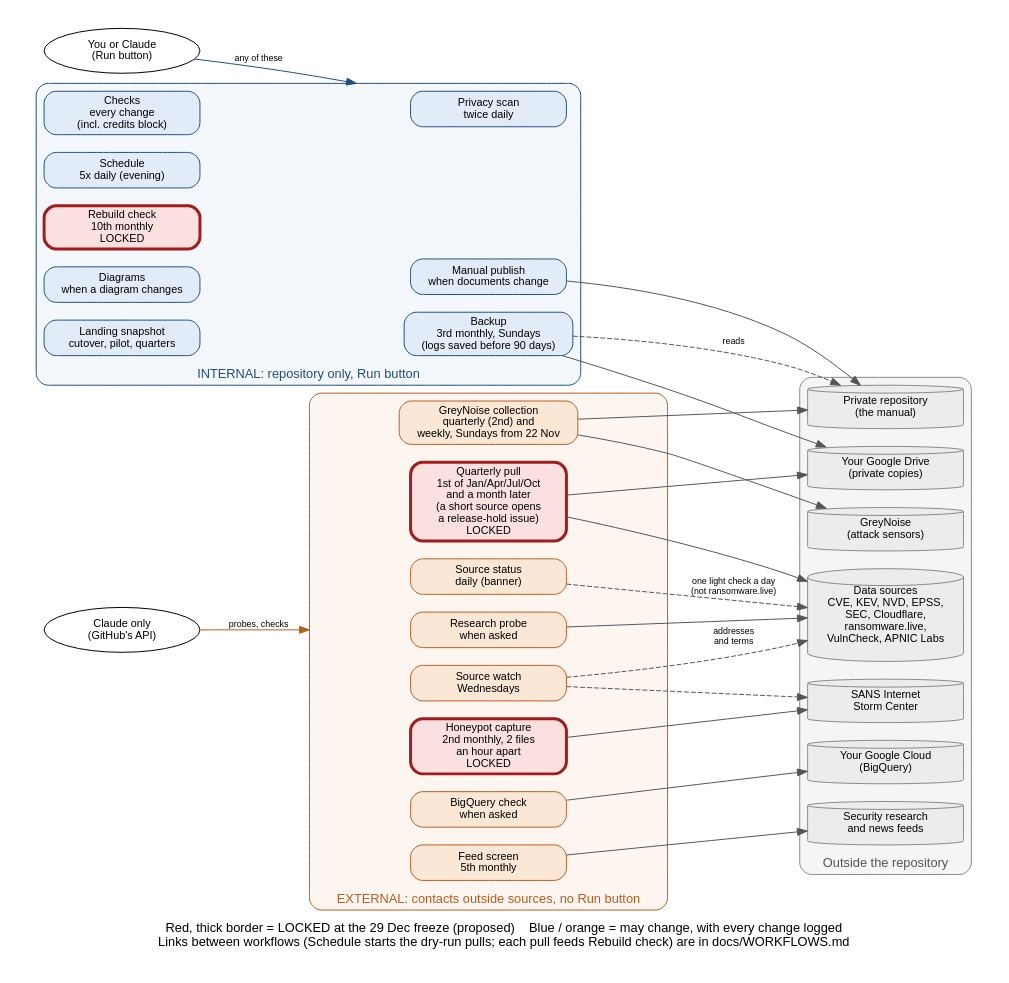
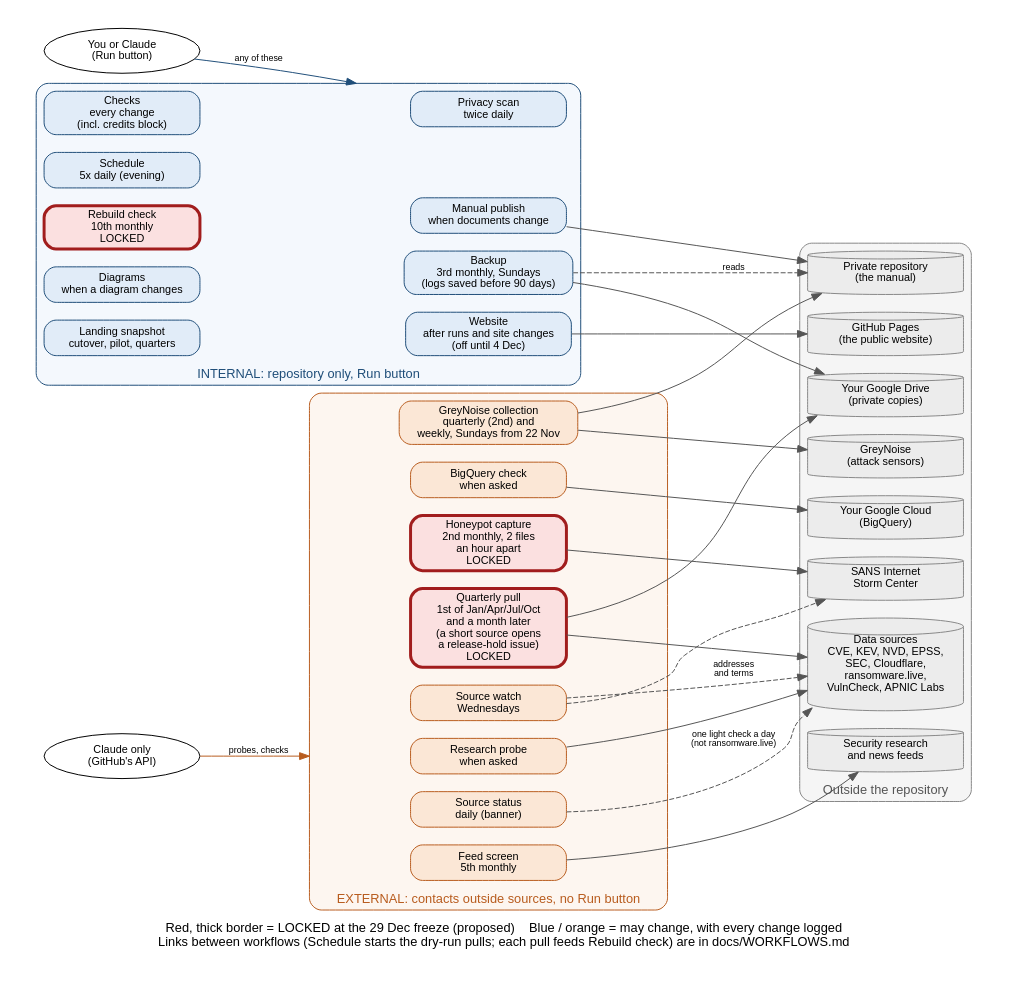
Before and after one commit to pagagne/internet-security-snapshot: the diagram in docs/diagrams/workflow_runs.dot, drawn with Graphviz. The commit also changed 15 other files, not shown here.

First line of the commit message:
Website: snapshot.site (home page from the README Mission and credits; run-health page built at publish from the run reports), Website workflow pages.yml (pinned, off until PAGES_ON), guide docs/WEBSITE.md; website and Publish results items primary-chat only; Publish results refreshes the site

```diff
--- a/docs/diagrams/workflow_runs.dot
+++ b/docs/diagrams/workflow_runs.dot
@@ -1,59 +1,61 @@
 // Workflows: internal (Run button) vs external (API only, no button), and the proposed lock at
 // the 29 Dec 2026 freeze (decision item 22: draft lock list 14 Dec, author's review 18 Dec,
 // decided 21 Dec). Source of truth: docs/WORKFLOWS.md and docs/SOP_MANUAL_RUNS.md.
 // Render: dot -Tpng -Gdpi=150 docs/diagrams/workflow_runs.dot -o docs/diagrams/workflow_runs.png
 digraph workflows {
   graph [rankdir=LR, fontname="Helvetica", fontsize=13, nodesep=0.25, ranksep=0.7, newrank=true, compound=true, pad=0.3,
          label="Red, thick border = LOCKED at the 29 Dec freeze (proposed)    Blue / orange = may change, with every change logged\nLinks between workflows (Schedule starts the dry-run pulls; each pull feeds Rebuild check) are in docs/WORKFLOWS.md",
          labelloc=b];
   node  [fontname="Helvetica", fontsize=11, shape=box, style="rounded,filled", width=2.2];
   edge  [fontname="Helvetica", fontsize=9, color="#555555"];
 
   you    [label="You or Claude\n(Run button)", shape=oval, fillcolor="#ffffff"];
   claude [label="Claude only\n(GitHub's API)", shape=oval, fillcolor="#ffffff"];
 
   subgraph cluster_int {
     label="INTERNAL: repository only, Run button"; style="rounded,filled"; fillcolor="#f4f8fd"; color="#1f4e79"; fontcolor="#1f4e79";
     node [fillcolor="#e1ecf8", color="#1f4e79"];
     checks  [label="Checks\nevery change\n(incl. credits block)"];
     privacy [label="Privacy scan\ntwice daily"];
     sched   [label="Schedule\n5x daily (evening)"];
     rebuild [label="Rebuild check\n10th monthly\nLOCKED", fillcolor="#fbe0e0", color="#a11d1d", penwidth=3];
     diag    [label="Diagrams\nwhen a diagram changes"];
     backup  [label="Backup\n3rd monthly, Sundays\n(logs saved before 90 days)"];
     manual  [label="Manual publish\nwhen documents change"];
     landing [label="Landing snapshot\ncutover, pilot, quarters"];
+    web     [label="Website\nafter runs and site changes\n(off until 4 Dec)"];
   }
 
   subgraph cluster_ext {
     label="EXTERNAL: contacts outside sources, no Run button"; style="rounded,filled"; fillcolor="#fdf6f0"; color="#b85c1e"; fontcolor="#b85c1e";
     node [fillcolor="#fbe7d6", color="#b85c1e"];
     pull  [label="Quarterly pull\n1st of Jan/Apr/Jul/Oct\nand a month later\n(a short source opens\na release-hold issue)\nLOCKED", fillcolor="#fbe0e0", color="#a11d1d", penwidth=3];
     honey [label="Honeypot capture\n2nd monthly, 2 files\nan hour apart\nLOCKED", fillcolor="#fbe0e0", color="#a11d1d", penwidth=3];
     probe [label="Research probe\nwhen asked"];
     gn    [label="GreyNoise collection\nquarterly (2nd) and\nweekly, Sundays from 22 Nov"];
     bq    [label="BigQuery check\nwhen asked"];
     feeds [label="Feed screen\n5th monthly"];
     watch [label="Source watch\nWednesdays"];
     status [label="Source status\ndaily (banner)"];
   }
 
   subgraph cluster_out {
     label="Outside the repository"; style="rounded,filled"; fillcolor="#f5f5f5"; color="#888888"; fontcolor="#555555";
     node [shape=cylinder, fillcolor="#ececec", color="#888888", style=filled];
     sources [label="Data sources\nCVE, KEV, NVD, EPSS,\nSEC, Cloudflare,\nransomware.live,\nVulnCheck, APNIC Labs"];
     sans    [label="SANS Internet\nStorm Center"];
     gcp     [label="Your Google Cloud\n(BigQuery)"];
     drive   [label="Your Google Drive\n(private copies)"];
     news    [label="Security research\nand news feeds"];
     greynoise [label="GreyNoise\n(attack sensors)"];
     private [label="Private repository\n(the manual)"];
+    pages   [label="GitHub Pages\n(the public website)"];
   }
 
   // one column each: who starts it | the workflows | what they reach
   { rank=same; you; claude; }
-    { rank=same; sources; sans; gcp; drive; news; greynoise; private; }
+    { rank=same; sources; sans; gcp; drive; news; greynoise; private; pages; }
   you -> privacy [lhead=cluster_int, color="#1f4e79", label="any of these"];
   claude -> probe [lhead=cluster_ext, color="#b85c1e", label="probes, checks"];
-  pull -> sources; pull -> drive; probe -> sources; honey -> sans; bq -> gcp; backup -> drive; feeds -> news; watch -> sources [style=dashed, label="addresses\nand terms"]; watch -> sans [style=dashed]; status -> sources [style=dashed, label="one light check a day\n(not ransomware.live)"]; manual -> private; gn -> greynoise; gn -> private; backup -> private [style=dashed, label="reads"];
+  pull -> sources; pull -> drive; probe -> sources; honey -> sans; bq -> gcp; backup -> drive; feeds -> news; watch -> sources [style=dashed, label="addresses\nand terms"]; watch -> sans [style=dashed]; status -> sources [style=dashed, label="one light check a day\n(not ransomware.live)"]; manual -> private; gn -> greynoise; gn -> private; backup -> private [style=dashed, label="reads"]; web -> pages;
 }
```
